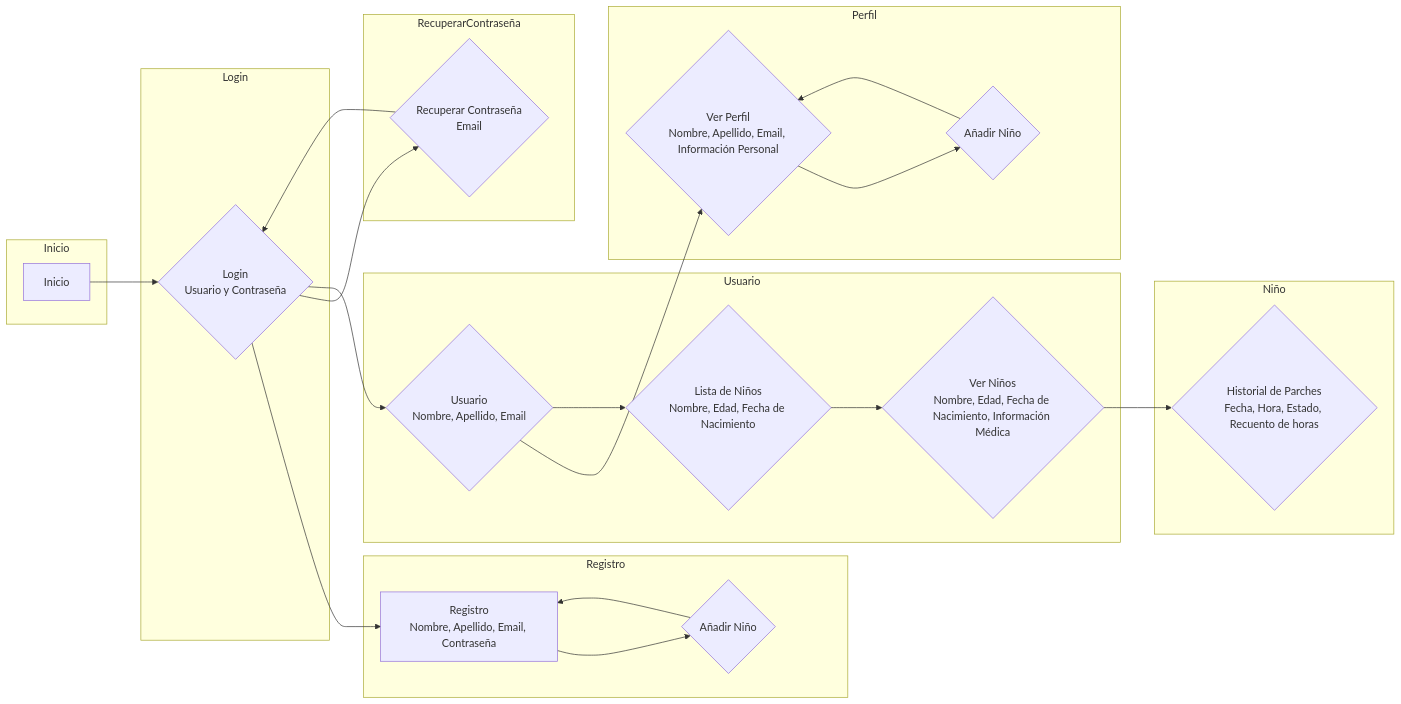
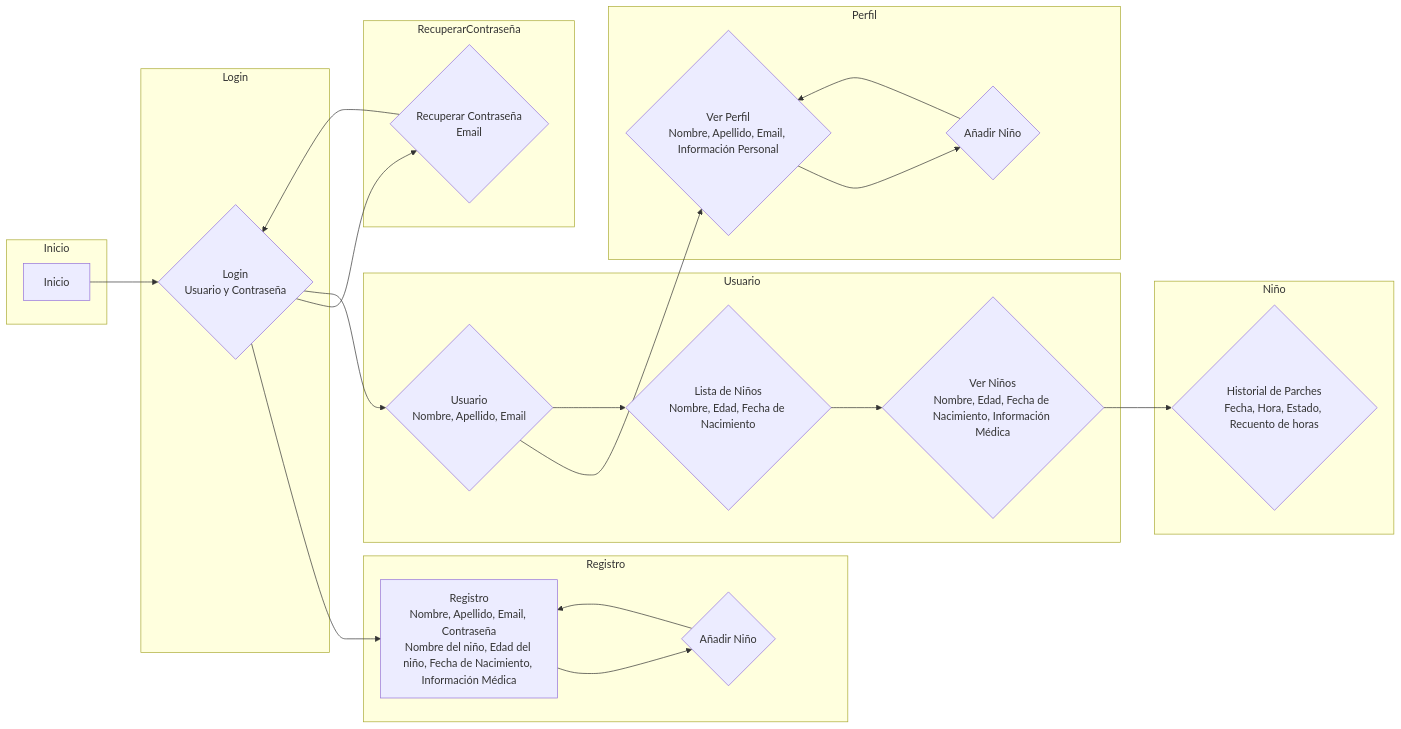
Before and after one commit to mactiburon/tapatapp: the diagram in Prototype1/DiagramaVista.mermaid, drawn with Mermaid.

Commit message:
DiagramaVista.mermaid

```diff
--- a/Prototype1/DiagramaVista.mermaid
+++ b/Prototype1/DiagramaVista.mermaid
@@ -1,40 +1,40 @@
 graph LR
     subgraph Inicio
         A[Inicio]
     end
     subgraph Login
         B{Login<br>Usuario y Contraseña}
     end
     subgraph Registro
-        C[Registro<br>Nombre, Apellido, Email, Contraseña]
+        C[Registro<br>Nombre, Apellido, Email, Contraseña<br>Nombre del niño, Edad del niño, Fecha de Nacimiento, Información Médica]
         E{Añadir Niño}
     end
     subgraph RecuperarContraseña
         F{Recuperar Contraseña<br>Email}
     end
     subgraph Usuario
         G{Usuario<br>Nombre, Apellido, Email}
         H{Lista de Niños<br>Nombre, Edad, Fecha de Nacimiento}
         I{Ver Niños<br>Nombre, Edad, Fecha de Nacimiento, Información Médica}
     end
     subgraph Perfil
         J{Ver Perfil<br>Nombre, Apellido, Email, Información Personal}
         L{Añadir Niño}
     end
     subgraph Niño
         K{Historial de Parches<br>Fecha, Hora, Estado, Recuento de horas}
     end
 
     A --> B
     B --> C
     C --> E
     E --> C
     B --> F
     F --> B
     B --> G
     G --> J
     G --> H
     H --> I
     I --> K
     J --> L
     L --> J
```
